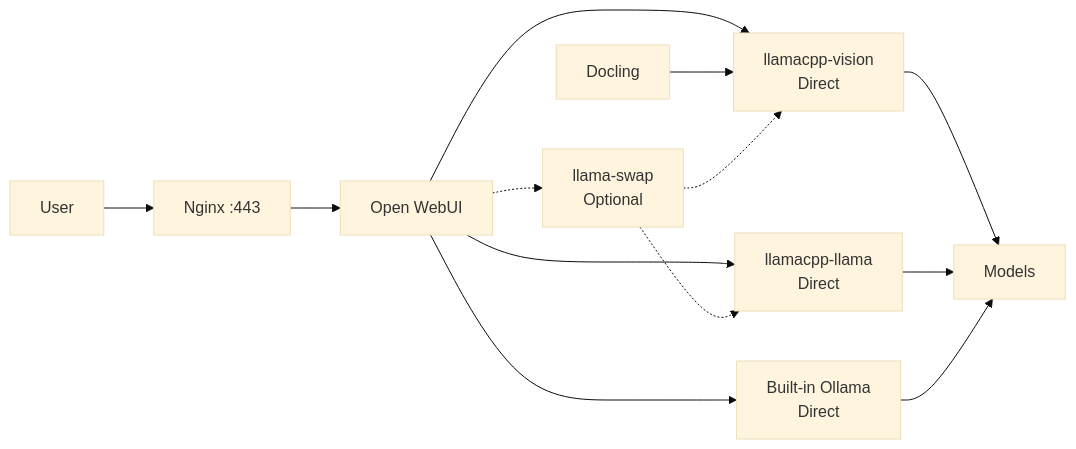
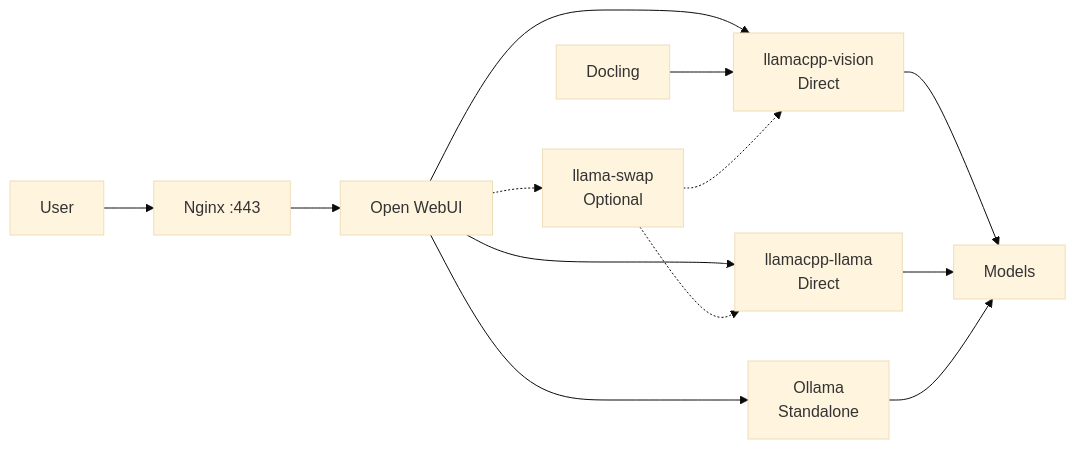
One commit to AlaiPartners/dgx-spark-ai-stack changed the first of 2 diagrams in README.md. Above: the diagram before and after it, drawn with Mermaid (base theme). The commit also changed other lines of this file and 30 other files, not shown here.

````diff
--- a/README.md
+++ b/README.md
@@ -20,15 +21,15 @@
 ```mermaid
 graph LR
     User[User] --> Nginx[Nginx :443]
     Nginx --> WebUI[Open WebUI]
     WebUI --> Vision[llamacpp-vision<br/>Direct]
     WebUI --> Llama[llamacpp-llama<br/>Direct]
-    WebUI --> Ollama[Built-in Ollama<br/>Direct]
+    WebUI --> Ollama[Ollama<br/>Standalone]
     WebUI -.-> Swap[llama-swap<br/>Optional]
     Docling[Docling] --> Vision
     Swap -.-> Vision
     Swap -.-> Llama
     Vision --> Models[Models]
     Llama --> Models
     Ollama --> Models
 ```
````
